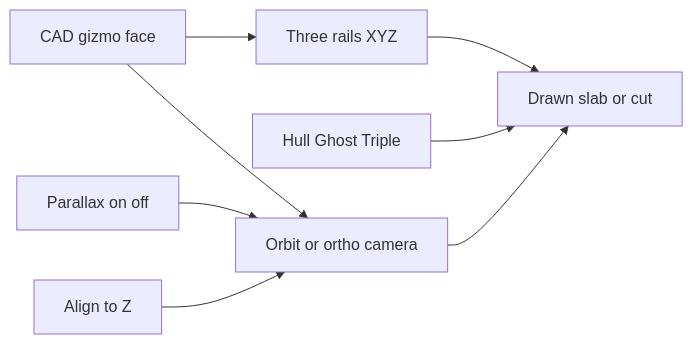
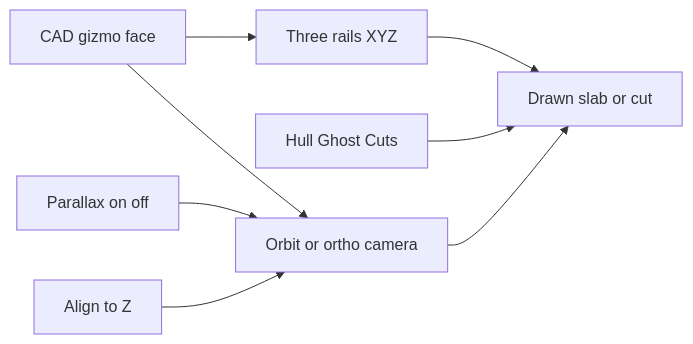
One commit to PiMaV/DONNER changed diagram 19 of 30 in architecture.md. Above: the diagram before and after it, drawn with Mermaid. The commit also changed other lines of this file and 28 other files, not shown here.

````diff
--- a/architecture.md
+++ b/architecture.md
@@ -518,17 +530,17 @@
 ```mermaid
 flowchart LR
   gizmo[CAD gizmo face]
   para[Parallax on off]
   align[Align to Z]
   slice[Three rails XYZ]
-  shade[Hull Ghost Triple]
+  shade[Hull Ghost Cuts]
   cam[Orbit or ortho camera]
   vol[Drawn slab or cut]
   gizmo --> cam
   gizmo --> slice
   para --> cam
   align --> cam
   slice --> vol
   shade --> vol
   cam --> vol
 ```
````
